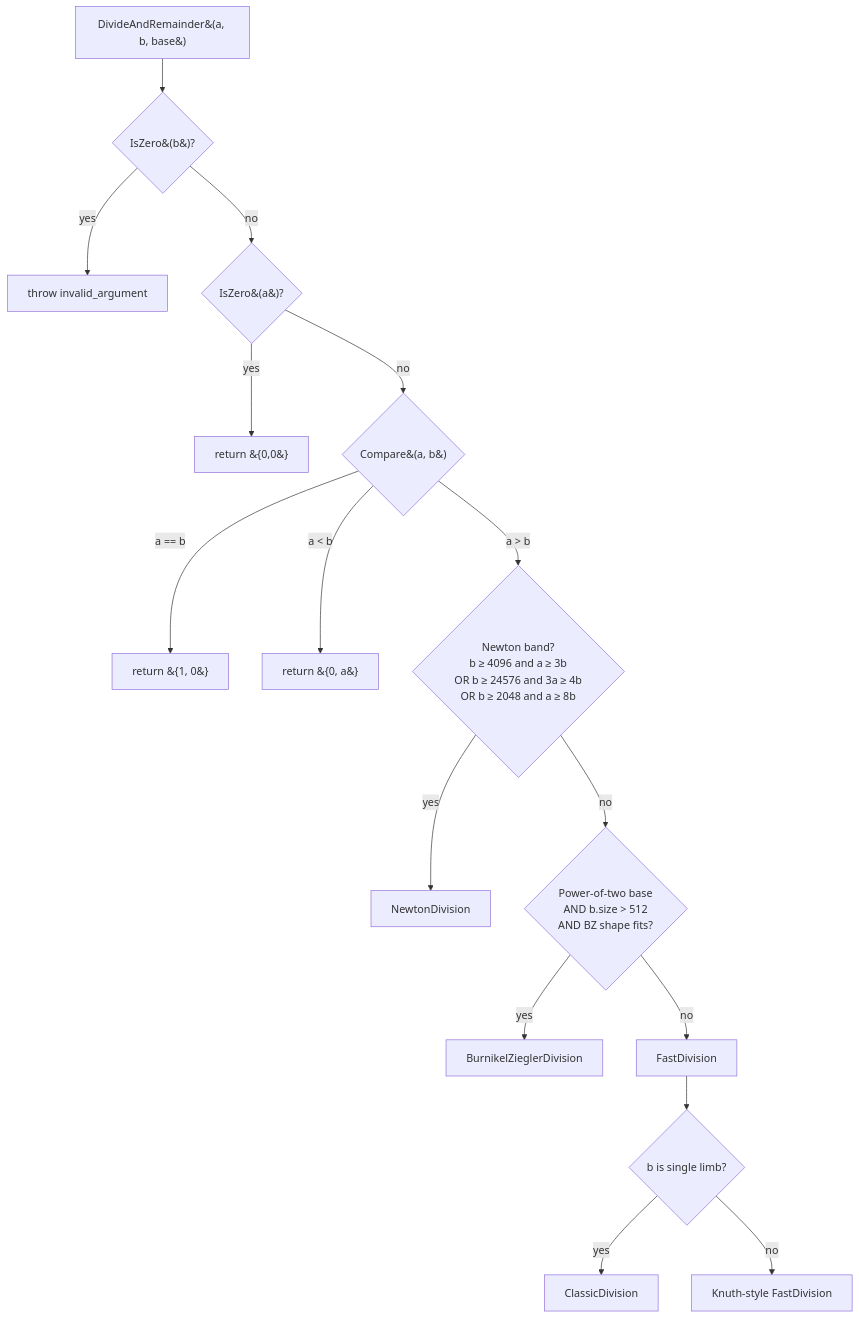
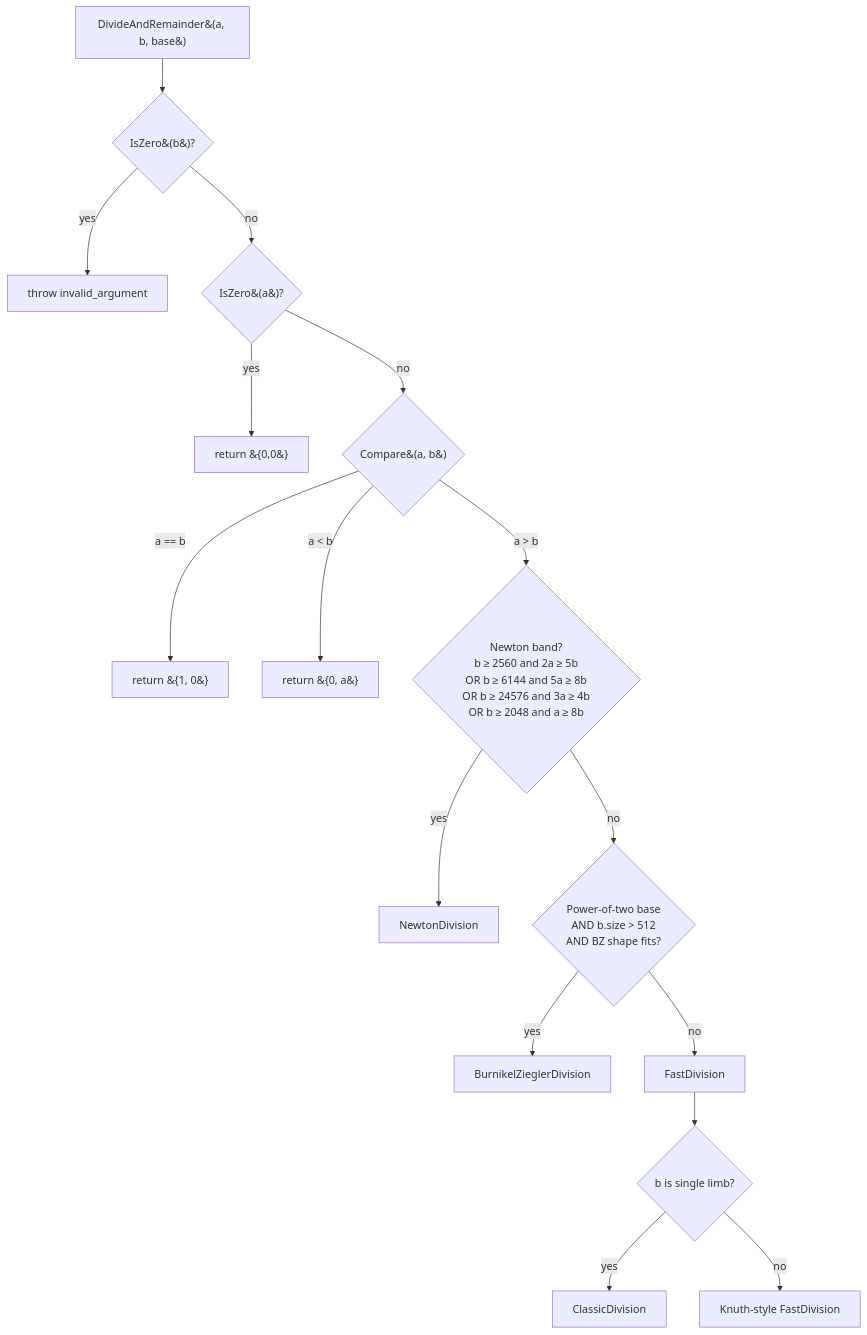
Before and after one commit to mmurshed/biginteger: the diagram in docs/DIVISION.md, drawn with Mermaid. The commit also changed other lines of this file and 4 other files, not shown here.

First line of the commit message:
perf: retune Newton medium band (5/2 @ 2560) + new 8/5 ratio band @ 6144

````diff
--- a/docs/DIVISION.md
+++ b/docs/DIVISION.md
@@ -56,18 +56,18 @@
 ```mermaid
 flowchart TD
     A[DivideAndRemainder&#40;a, b, base&#41;] --> B{IsZero&#40;b&#41;?}
     B -- yes --> Err[throw invalid_argument]
     B -- no --> C{IsZero&#40;a&#41;?}
     C -- yes --> Z[return &#123;0,0&#125;]
     C -- no --> D{Compare&#40;a, b&#41;}
     D -- a == b --> Eq[return &#123;1, 0&#125;]
     D -- a &lt; b --> Less[return &#123;0, a&#125;]
-    D -- a &gt; b --> E{Newton band?<br/>b ≥ 4096 and a ≥ 3b<br/>OR b ≥ 24576 and 3a ≥ 4b<br/>OR b ≥ 2048 and a ≥ 8b}
+    D -- a &gt; b --> E{Newton band?<br/>b ≥ 2560 and 2a ≥ 5b<br/>OR b ≥ 6144 and 5a ≥ 8b<br/>OR b ≥ 24576 and 3a ≥ 4b<br/>OR b ≥ 2048 and a ≥ 8b}
     E -- yes --> N[NewtonDivision]
     E -- no --> F{Power-of-two base<br/>AND b.size &gt; 512<br/>AND BZ shape fits?}
     F -- yes --> BZ[BurnikelZieglerDivision]
     F -- no --> FD[FastDivision]
     FD --> S{b is single limb?}
     S -- yes --> CD[ClassicDivision]
     S -- no --> KD[Knuth-style FastDivision]
 ```
````
